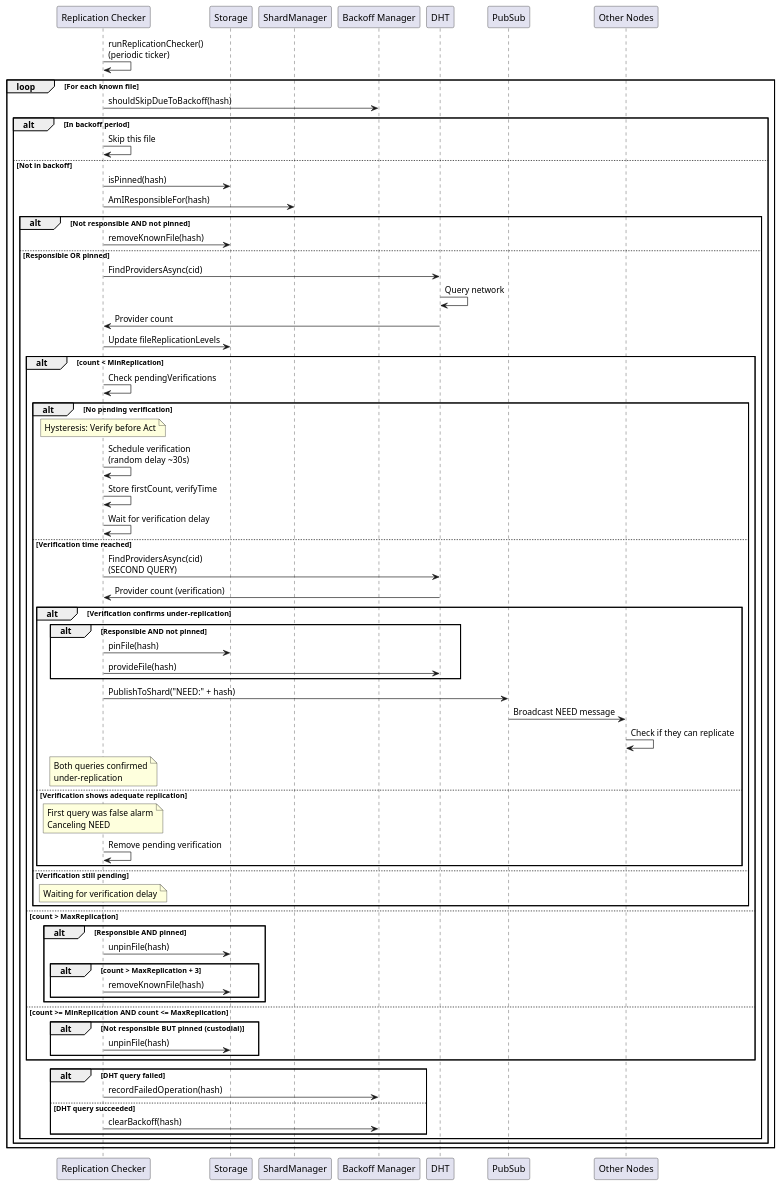
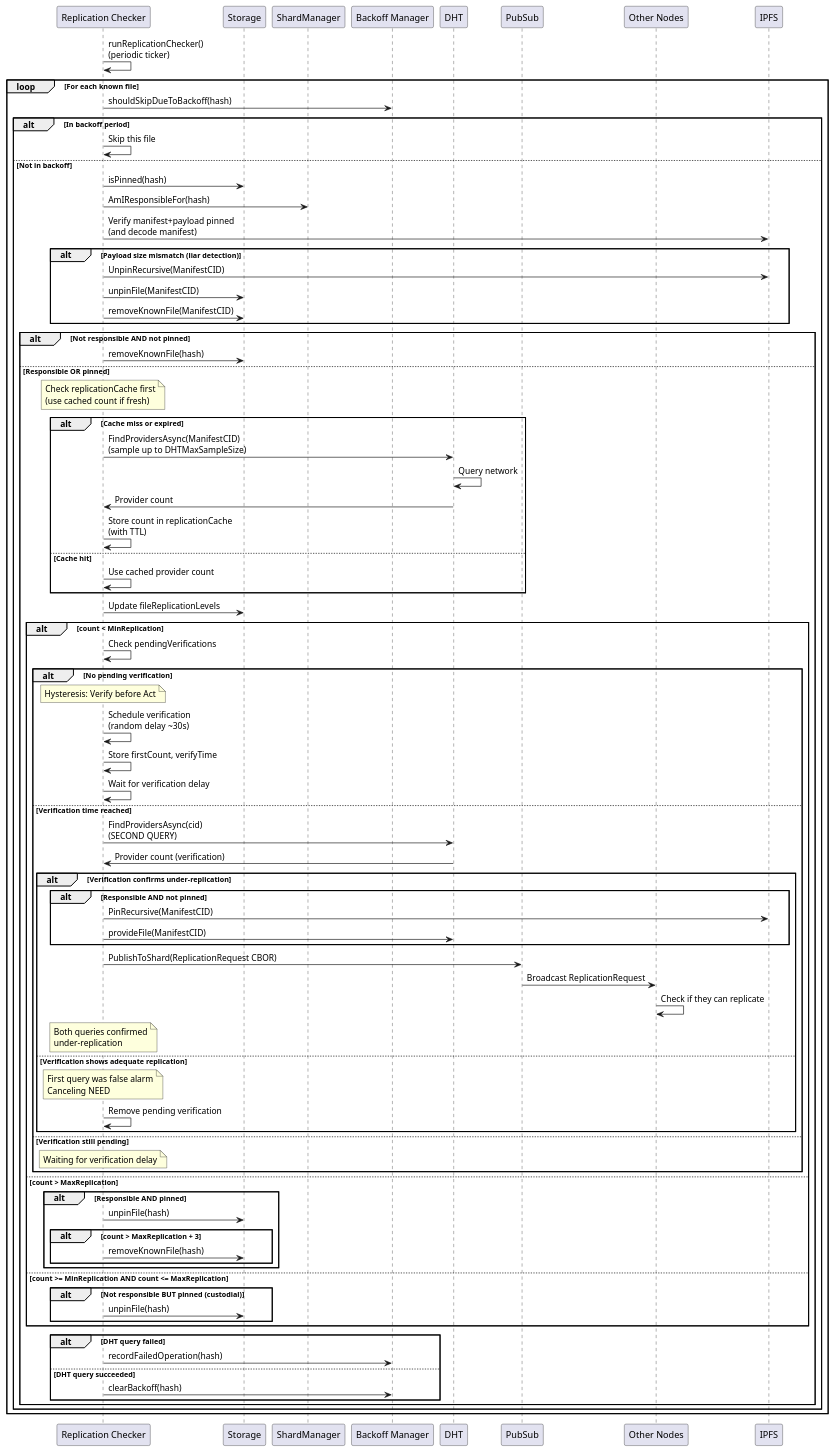
The diagram in docs/replication_check_sequence.puml (gipplab/D-LOCKSS), drawn with PlantUML before and after one commit. The commit also changed 36 other files, not shown here.

Commit message:
- dag-cbor introduced to replace json messages - sharding trigger based on nodes instead of messages - badBits to filer out bad CIDs - trustedPeers to lock the network to a defined group of peers

```diff
--- a/docs/replication_check_sequence.puml
+++ b/docs/replication_check_sequence.puml
@@ -1,78 +1,90 @@
 @startuml Replication Check Sequence
 
 participant "Replication Checker" as ReplChecker
 participant "Storage" as Storage
 participant "ShardManager" as ShardMgr
 participant "Backoff Manager" as Backoff
 participant "DHT" as DHT
 participant "PubSub" as PubSub
 participant "Other Nodes" as Nodes
 
 ReplChecker -> ReplChecker: runReplicationChecker()\n(periodic ticker)
 
 loop For each known file
     ReplChecker -> Backoff: shouldSkipDueToBackoff(hash)
     alt In backoff period
         ReplChecker -> ReplChecker: Skip this file
     else Not in backoff
         ReplChecker -> Storage: isPinned(hash)
         ReplChecker -> ShardMgr: AmIResponsibleFor(hash)
+        ReplChecker -> IPFS: Verify manifest+payload pinned\n(and decode manifest)
+        alt Payload size mismatch (liar detection)
+            ReplChecker -> IPFS: UnpinRecursive(ManifestCID)
+            ReplChecker -> Storage: unpinFile(ManifestCID)
+            ReplChecker -> Storage: removeKnownFile(ManifestCID)
+        end
         
         alt Not responsible AND not pinned
             ReplChecker -> Storage: removeKnownFile(hash)
         else Responsible OR pinned
-            ReplChecker -> DHT: FindProvidersAsync(cid)
-            DHT -> DHT: Query network
-            DHT -> ReplChecker: Provider count
+            Note over ReplChecker: Check replicationCache first\n(use cached count if fresh)
+            alt Cache miss or expired
+                ReplChecker -> DHT: FindProvidersAsync(ManifestCID)\n(sample up to DHTMaxSampleSize)
+                DHT -> DHT: Query network
+                DHT -> ReplChecker: Provider count
+                ReplChecker -> ReplChecker: Store count in replicationCache\n(with TTL)
+            else Cache hit
+                ReplChecker -> ReplChecker: Use cached provider count
+            end
             
             ReplChecker -> Storage: Update fileReplicationLevels
             
             alt count < MinReplication
                 ReplChecker -> ReplChecker: Check pendingVerifications
                 alt No pending verification
                     Note over ReplChecker: Hysteresis: Verify before Act
                     ReplChecker -> ReplChecker: Schedule verification\n(random delay ~30s)
                     ReplChecker -> ReplChecker: Store firstCount, verifyTime
                     ReplChecker -> ReplChecker: Wait for verification delay
                 else Verification time reached
                     ReplChecker -> DHT: FindProvidersAsync(cid)\n(SECOND QUERY)
                     DHT -> ReplChecker: Provider count (verification)
                     alt Verification confirms under-replication
                         alt Responsible AND not pinned
-                            ReplChecker -> Storage: pinFile(hash)
-                            ReplChecker -> DHT: provideFile(hash)
+                            ReplChecker -> IPFS: PinRecursive(ManifestCID)
+                            ReplChecker -> DHT: provideFile(ManifestCID)
                         end
-                        ReplChecker -> PubSub: PublishToShard("NEED:" + hash)
-                        PubSub -> Nodes: Broadcast NEED message
+                        ReplChecker -> PubSub: PublishToShard(ReplicationRequest CBOR)
+                        PubSub -> Nodes: Broadcast ReplicationRequest
                         Nodes -> Nodes: Check if they can replicate
                         Note over ReplChecker: Both queries confirmed\nunder-replication
                     else Verification shows adequate replication
                         Note over ReplChecker: First query was false alarm\nCanceling NEED
                         ReplChecker -> ReplChecker: Remove pending verification
                     end
                 else Verification still pending
                     Note over ReplChecker: Waiting for verification delay
                 end
             else count > MaxReplication
                 alt Responsible AND pinned
                     ReplChecker -> Storage: unpinFile(hash)
                     alt count > MaxReplication + 3
                         ReplChecker -> Storage: removeKnownFile(hash)
                     end
                 end
             else count >= MinReplication AND count <= MaxReplication
                 alt Not responsible BUT pinned (custodial)
                     ReplChecker -> Storage: unpinFile(hash)
                 end
             end
             
             alt DHT query failed
                 ReplChecker -> Backoff: recordFailedOperation(hash)
             else DHT query succeeded
                 ReplChecker -> Backoff: clearBackoff(hash)
             end
         end
     end
 end
 
 @enduml
```
